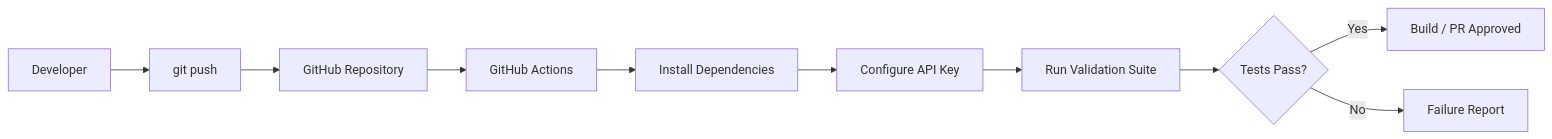
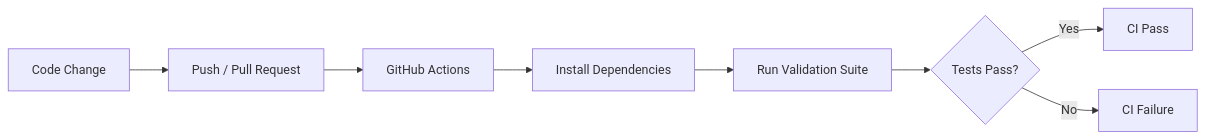
Before and after one commit to fberrosp/llm-validation-framework: the fourth of 5 diagrams in README.md, drawn with Mermaid. The commit also changed other lines of this file, not shown here.

````diff
--- a/README.md
+++ b/README.md
@@ -480,12 +444,11 @@
 ```mermaid
 flowchart LR
-A[Developer] --> B[git push]
-B --> C[GitHub Repository]
-C --> D[GitHub Actions]
-D --> E[Install Dependencies]
-E --> F[Configure API Key]
-F --> G[Run Validation Suite]
-G --> H{Tests Pass?}
-H -->|Yes| I[Build / PR Approved]
-H -->|No| J[Failure Report]
+    A[Code Change] --> B[Push / Pull Request]
+    B --> C[GitHub Actions]
+    C --> D[Install Dependencies]
+    D --> E[Run Validation Suite]
+    E --> F{Tests Pass?}
+
+    F -->|Yes| G[CI Pass]
+    F -->|No| H[CI Failure]
 ```
````
